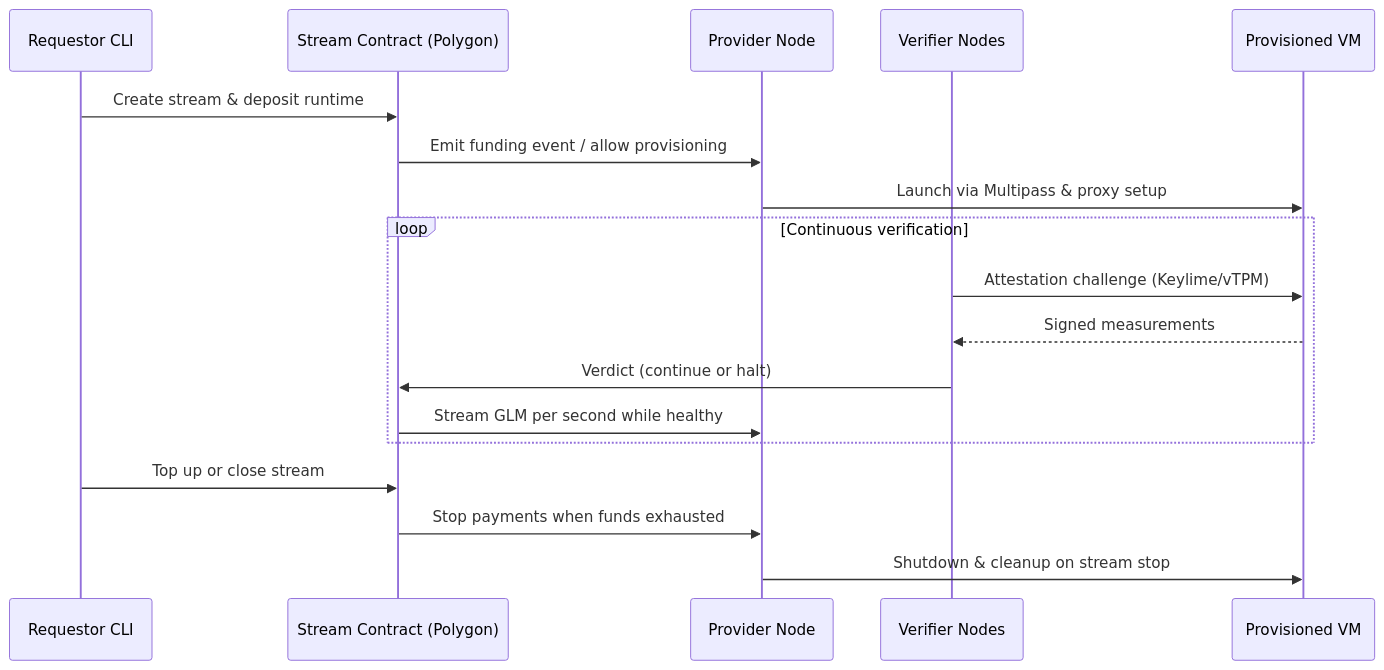
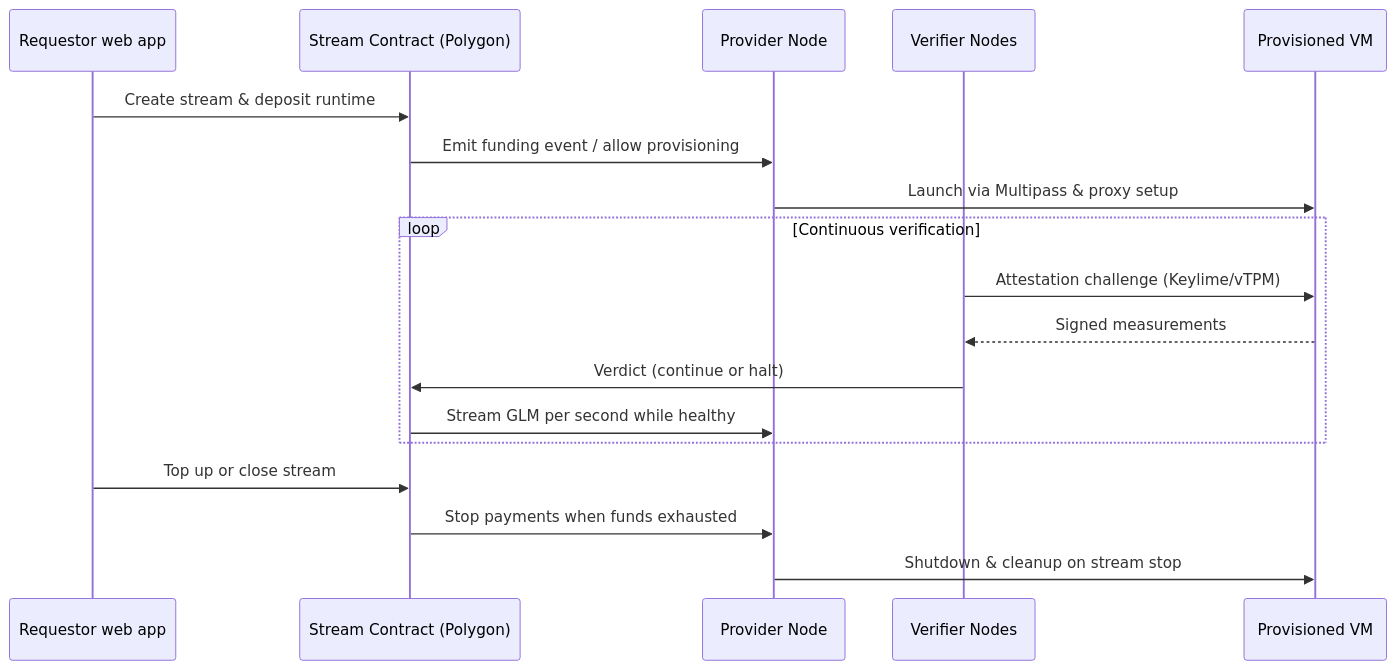
The third of 5 diagrams in FUNDING_PLAN.md (cryptobench/vm-on-golem), drawn with Mermaid before and after one commit. The commit also changed other lines of this file and 161 other files, not shown here.

````diff
--- a/FUNDING_PLAN.md
+++ b/FUNDING_PLAN.md
@@ -171,21 +170,21 @@
 ```mermaid
 sequenceDiagram
-    participant R as Requestor CLI
+    participant R as Requestor web app
     participant SC as Stream Contract (Polygon)
     participant PV as Provider Node
     participant VN as Verifier Nodes
     participant VM as Provisioned VM
 
     R->>SC: Create stream & deposit runtime
     SC->>PV: Emit funding event / allow provisioning
     PV->>VM: Launch via Multipass & proxy setup
     loop Continuous verification
         VN->>VM: Attestation challenge (Keylime/vTPM)
         VM-->>VN: Signed measurements
         VN->>SC: Verdict (continue or halt)
         SC->>PV: Stream GLM per second while healthy
     end
     R->>SC: Top up or close stream
     SC->>PV: Stop payments when funds exhausted
     PV->>VM: Shutdown & cleanup on stream stop
 ```
````
